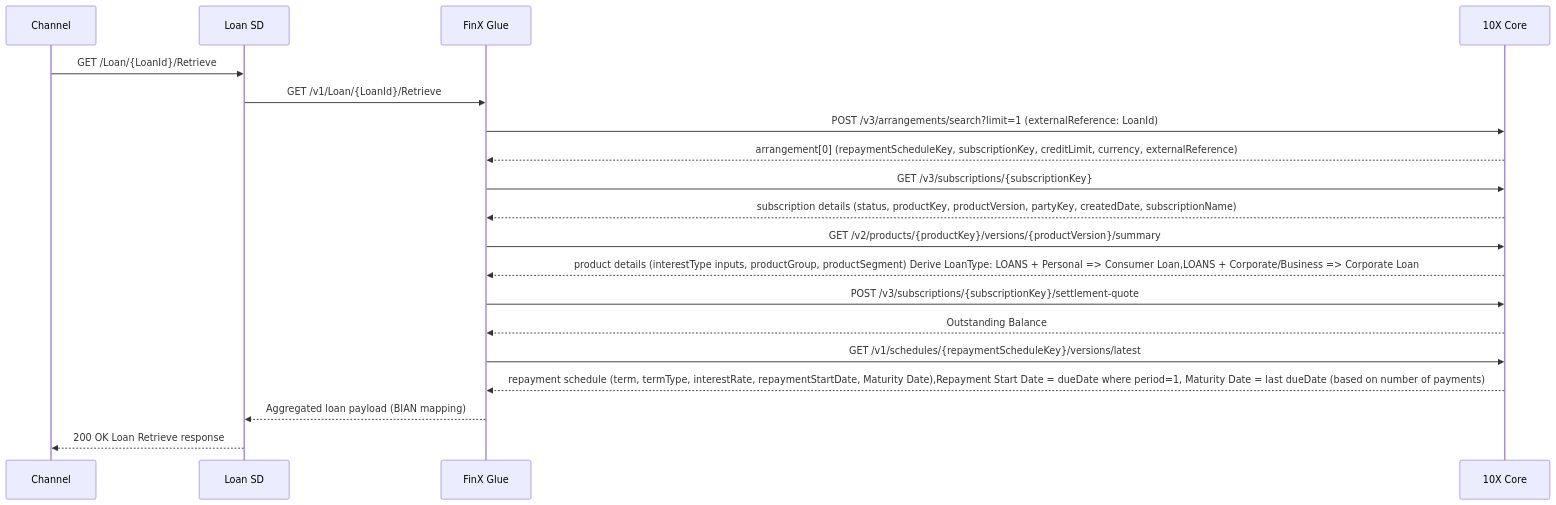
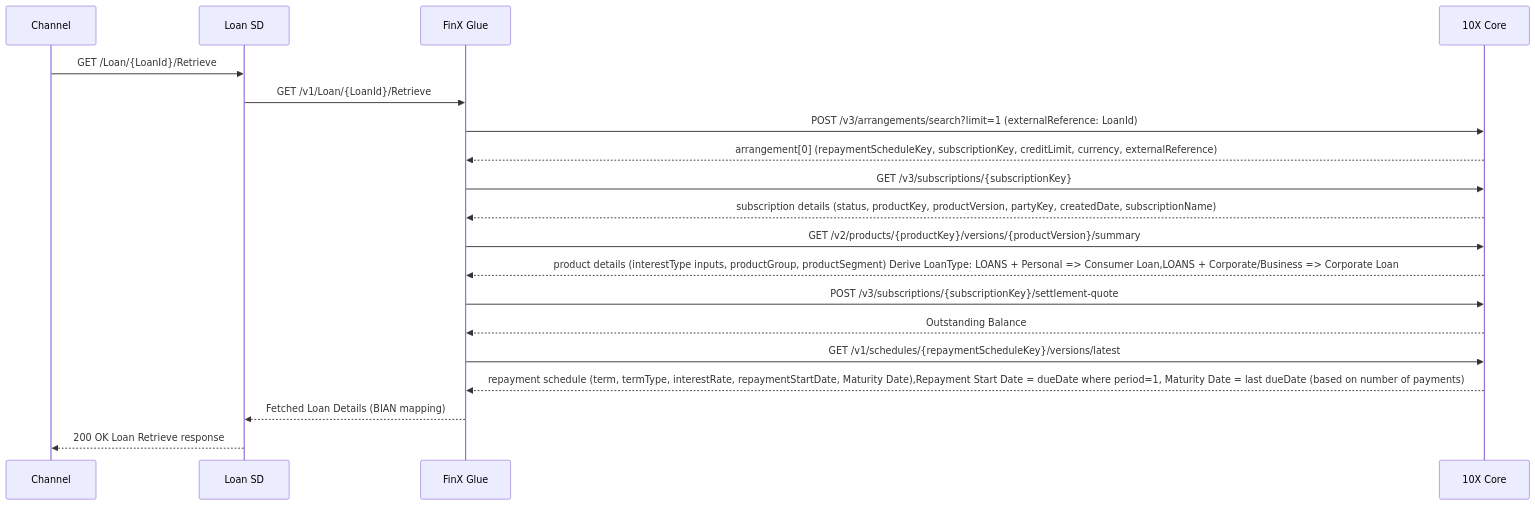
Before and after one commit to Simhadrikiran-295217/adapter-api-flows: the diagram in view loan details.md, drawn with Mermaid.

Commit message:
Update view loan details.md

````diff
--- a/view loan details.md
+++ b/view loan details.md
@@ -3,28 +3,28 @@
 ```mermaid
 sequenceDiagram
     participant C as Channel
     participant L as Loan SD
     participant G as FinX Glue
     participant X as 10X Core
 
     C->>L: GET /Loan/{LoanId}/Retrieve
     L->>G: GET /v1/Loan/{LoanId}/Retrieve
 
     G->>X: POST /v3/arrangements/search?limit=1 (externalReference: LoanId)
     X-->>G: arrangement[0] (repaymentScheduleKey, subscriptionKey, creditLimit, currency, externalReference)
 
     G->>X: GET /v3/subscriptions/{subscriptionKey}
     X-->>G: subscription details (status, productKey, productVersion, partyKey, createdDate, subscriptionName)
 
     G->>X: GET /v2/products/{productKey}/versions/{productVersion}/summary
     X-->>G: product details (interestType inputs, productGroup, productSegment) Derive LoanType: LOANS + Personal => Consumer Loan,LOANS + Corporate/Business => Corporate Loan
 
     G->>X: POST /v3/subscriptions/{subscriptionKey}/settlement-quote
     X-->>G: Outstanding Balance
 
     G->>X: GET /v1/schedules/{repaymentScheduleKey}/versions/latest
     X-->>G: repayment schedule (term, termType, interestRate, repaymentStartDate, Maturity Date),Repayment Start Date = dueDate where period=1, Maturity Date = last dueDate (based on number of payments)
 
-    G-->>L: Aggregated loan payload (BIAN mapping)
+    G-->>L: Fetched Loan Details (BIAN mapping)
     L-->>C: 200 OK Loan Retrieve response
 ```
````
